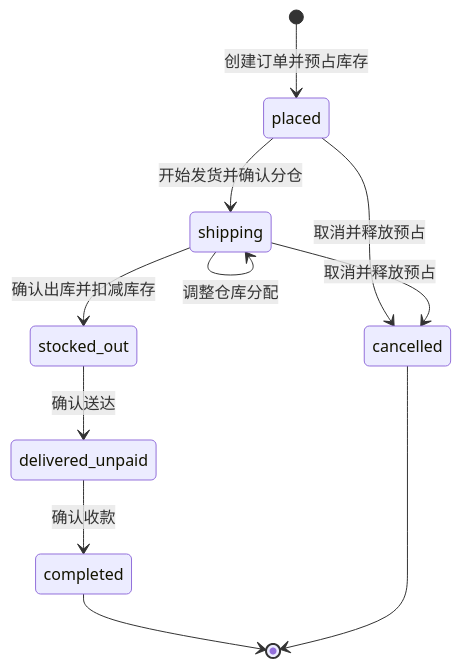
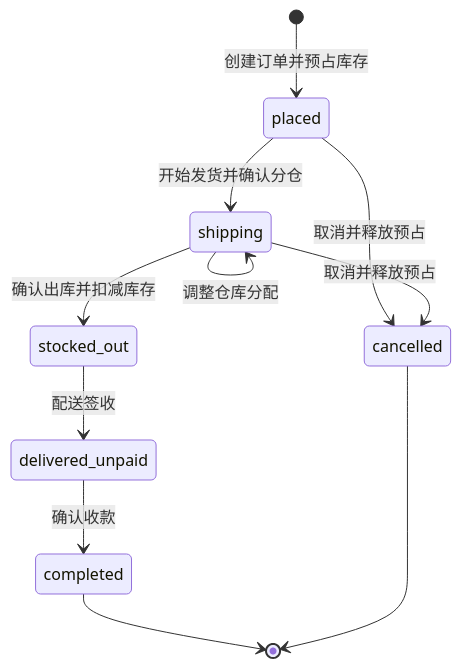
One commit to yunqilee69/bulkdesk changed the diagram in docs/modules/order.md. Above: the diagram before and after it, drawn with Mermaid. The commit also changed other lines of this file and 46 other files, not shown here.

````diff
--- a/docs/modules/order.md
+++ b/docs/modules/order.md
@@ -9,13 +9,13 @@
 ```mermaid
 stateDiagram-v2
     [*] --> placed: 创建订单并预占库存
     placed --> shipping: 开始发货并确认分仓
     placed --> cancelled: 取消并释放预占
     shipping --> shipping: 调整仓库分配
     shipping --> stocked_out: 确认出库并扣减库存
     shipping --> cancelled: 取消并释放预占
-    stocked_out --> delivered_unpaid: 确认送达
+    stocked_out --> delivered_unpaid: 配送签收
     delivered_unpaid --> completed: 确认收款
     completed --> [*]
     cancelled --> [*]
 ```
````
